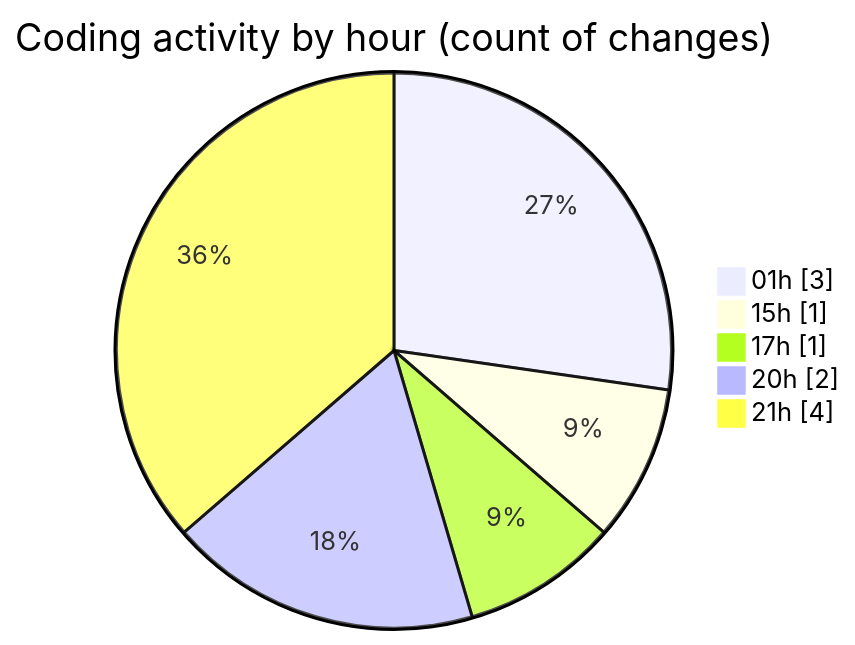
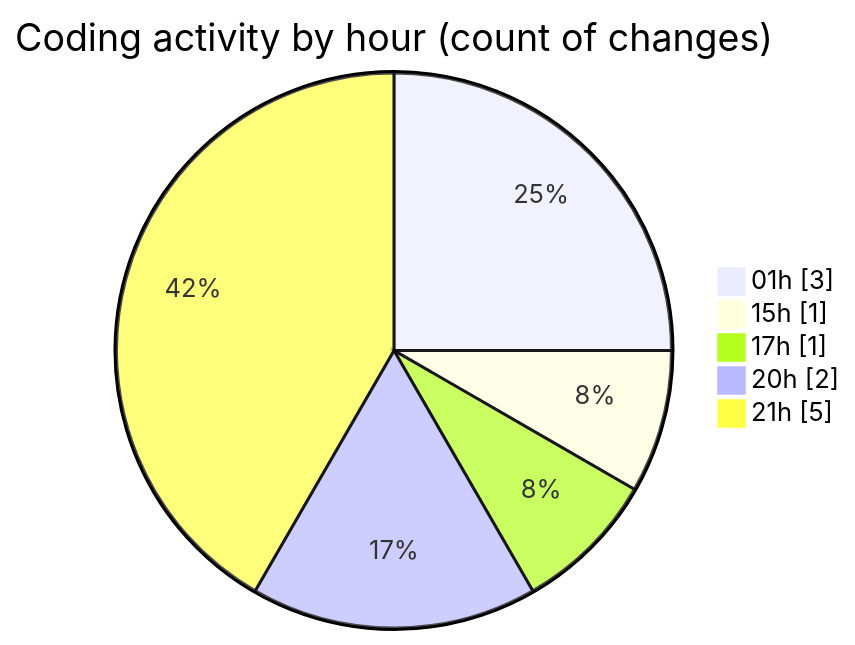
Before and after one commit to julien-gomy/code-tracking: the second of 2 diagrams in 2025-11-24/eventscop-api-guide__workspace_/README.md, drawn with Mermaid. The commit also changed other lines of this file and 1 other file, not shown here.

````diff
--- a/2025-11-24/eventscop-api-guide__workspace_/README.md
+++ b/2025-11-24/eventscop-api-guide__workspace_/README.md
@@ -32,9 +32,9 @@
 ```mermaid
 pie showData
 title Coding activity by hour (count of changes)
 "01h" : 3
 "15h" : 1
 "17h" : 1
 "20h" : 2
-"21h" : 4
+"21h" : 5
 ```
````
